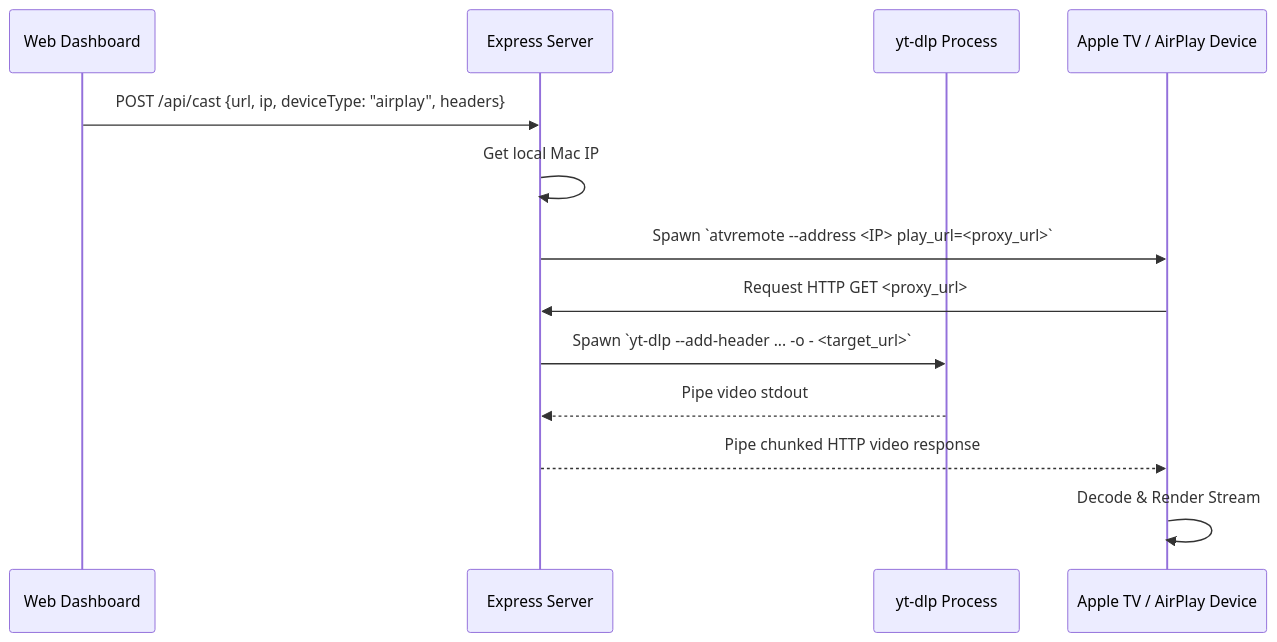
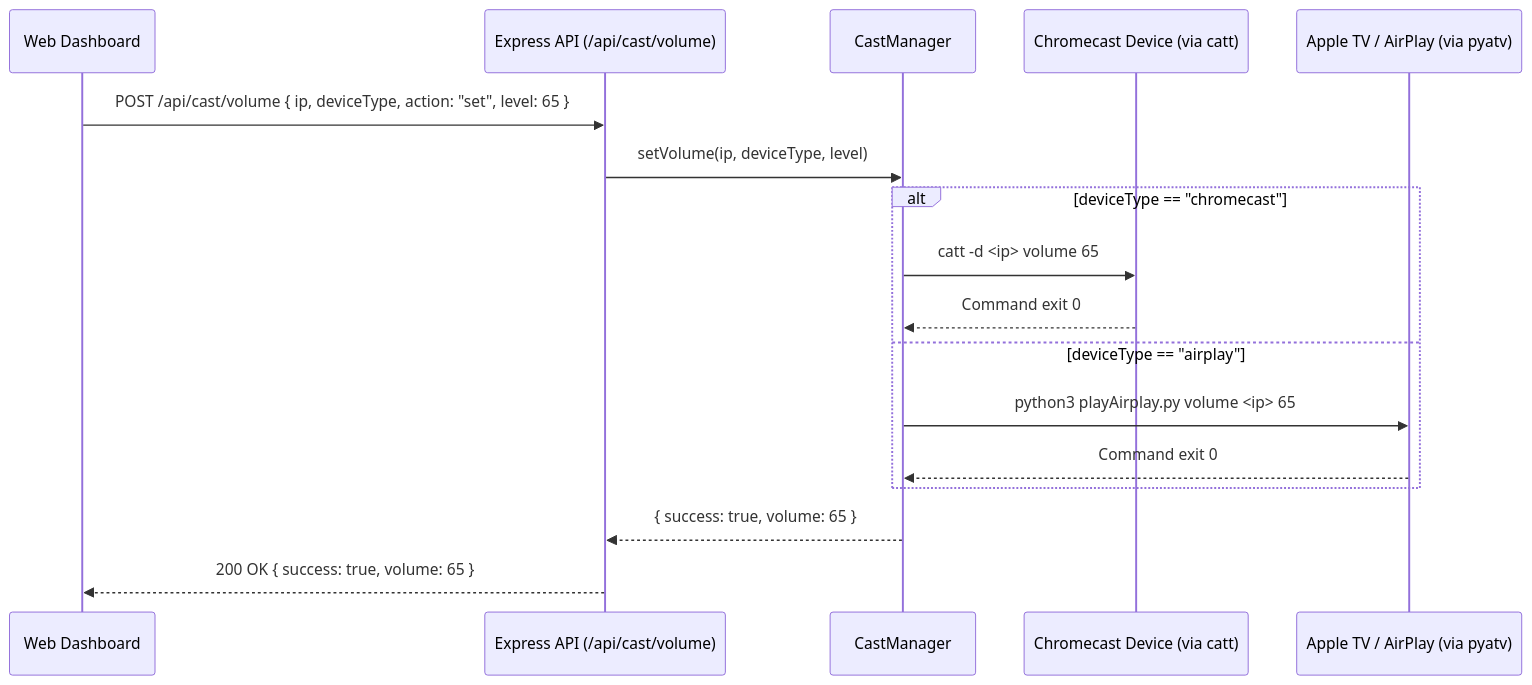
The diagram in spec.md (sf095/live-cast), drawn with Mermaid before and after one commit. The commit also changed other lines of this file and 9 other files, not shown here.

Commit message:
feat: add volume control for Chromecast and AirPlay devices

````diff
--- a/spec.md
+++ b/spec.md
@@ -37,16 +25,20 @@
 ```mermaid
 sequenceDiagram
-    participant WebUI as Web Dashboard
-    participant Backend as Express Server
-    participant YTDLP as yt-dlp Process
-    participant AppleTV as Apple TV / AirPlay Device
+    participant UI as Web Dashboard
+    participant API as Express API (/api/cast/volume)
+    participant CM as CastManager
+    participant Chromecast as Chromecast Device (via catt)
+    participant AirPlay as Apple TV / AirPlay (via pyatv)
 
-    WebUI->>Backend: POST /api/cast {url, ip, deviceType: "airplay", headers}
-    Backend->>Backend: Get local Mac IP
-    Backend->>AppleTV: Spawn `atvremote --address <IP> play_url=<proxy_url>`
-    AppleTV->>Backend: Request HTTP GET <proxy_url>
-    Backend->>YTDLP: Spawn `yt-dlp --add-header ... -o - <target_url>`
-    YTDLP-->>Backend: Pipe video stdout
-    Backend-->>AppleTV: Pipe chunked HTTP video response
-    AppleTV->>AppleTV: Decode & Render Stream
+    UI->>API: POST /api/cast/volume { ip, deviceType, action: "set", level: 65 }
+    API->>CM: setVolume(ip, deviceType, level)
+    alt deviceType == "chromecast"
+        CM->>Chromecast: catt -d <ip> volume 65
+        Chromecast-->>CM: Command exit 0
+    else deviceType == "airplay"
+        CM->>AirPlay: python3 playAirplay.py volume <ip> 65
+        AirPlay-->>CM: Command exit 0
+    end
+    CM-->>API: { success: true, volume: 65 }
+    API-->>UI: 200 OK { success: true, volume: 65 }
 ```
````
